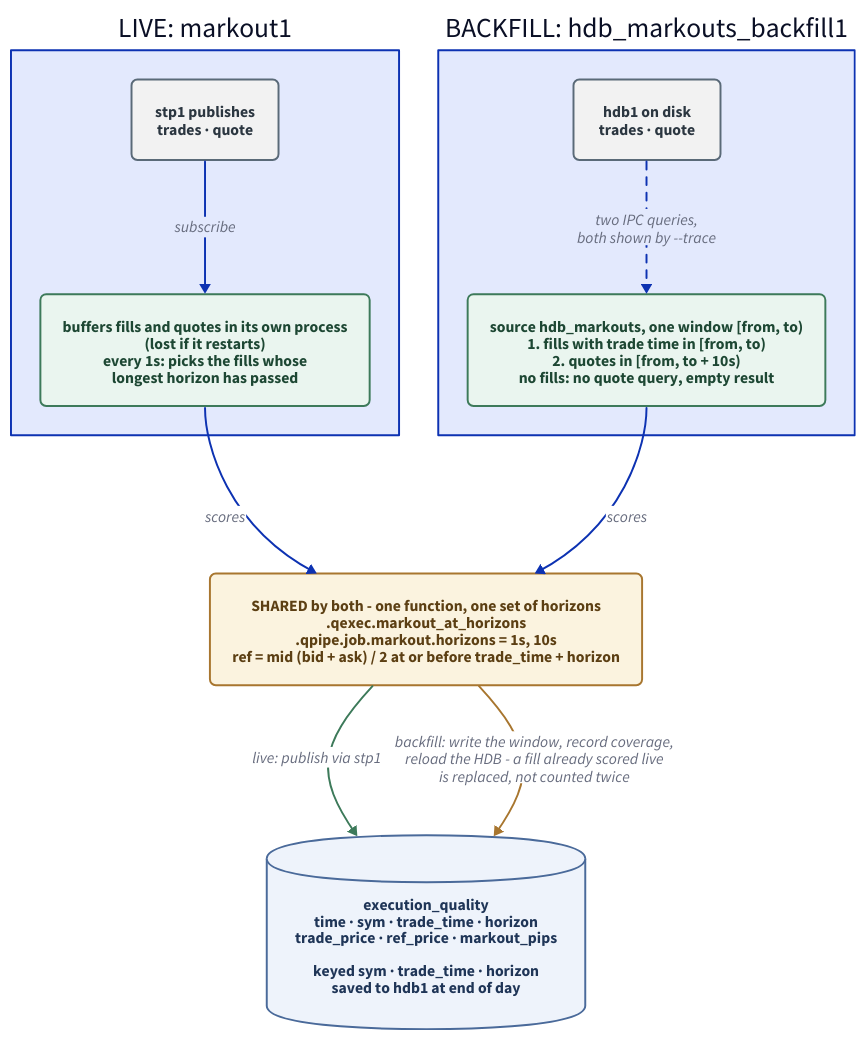
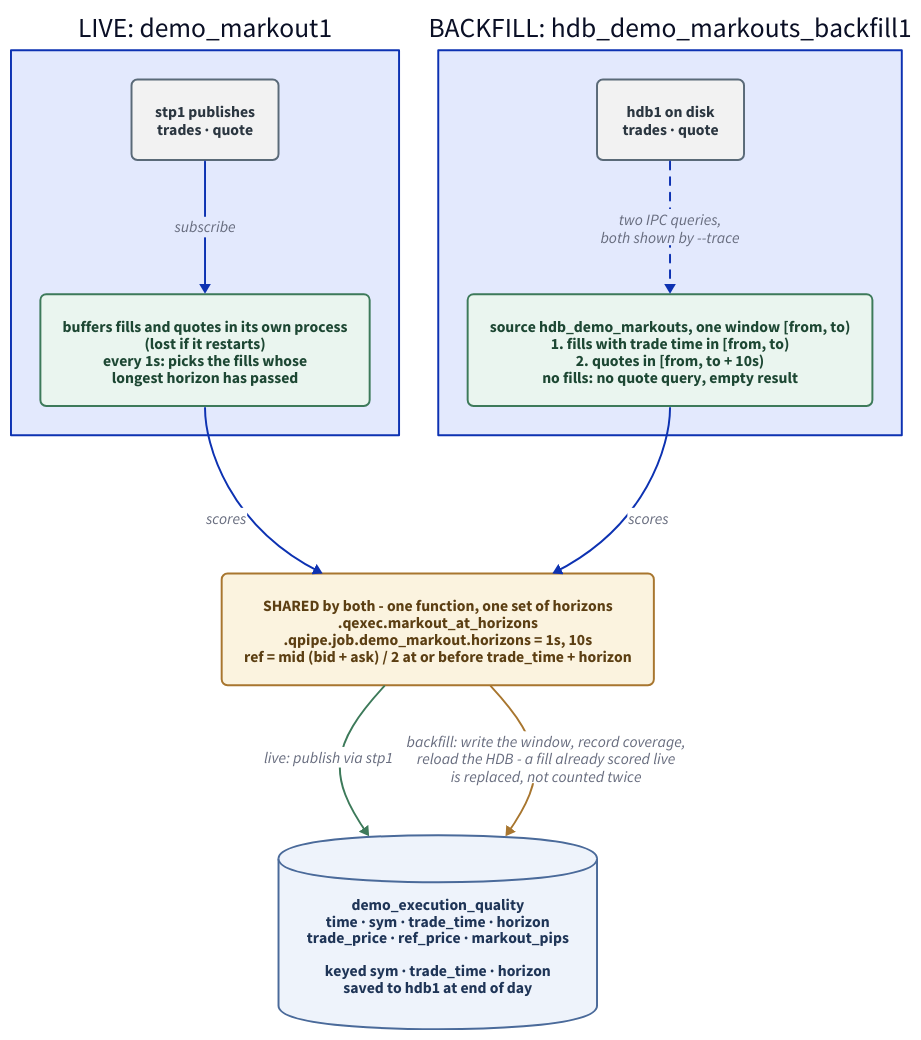
Before and after one commit to kwojdalski/uqf: the diagram in docs/diagrams/markouts.d2, drawn with D2. The commit also changed 68 other files, not shown here.

```diff
--- a/docs/diagrams/markouts.d2
+++ b/docs/diagrams/markouts.d2
@@ -1,81 +1,81 @@
 # markouts.d2 - how a fill gets marked out: live, or backfilled from the HDB.
 #
 # Rendered by scripts/generate/render_diagrams.py, which CI runs with
 # --check. Embedded from docs/services/markouts.md.
 #
-# WHAT THIS DIAGRAM IS FOR. Two jobs write execution_quality, and the thing
+# WHAT THIS DIAGRAM IS FOR. Two jobs write demo_execution_quality, and the thing
 # worth seeing is what they SHARE: one scoring function and one set of
 # horizons, drawn once in the middle with both paths running through it.
 # That is why a fill scored by both comes out identical, and why the table's
 # key (sym, trade_time, horizon) can replace one with the other instead of
 # counting the fill twice. The live path is on the left, as it happens; the
 # backfill on the right, as it reads what the live path left on disk.
 
 direction: down
 
 vars: {
   d2-config: {
     pad: 40
   }
 }
 
 classes: {
   job: {
     style: {
       fill: "#eaf5ef"
       stroke: "#3d7a5a"
       font-color: "#1d4733"
       border-radius: 6
     }
   }
   table: {
     shape: cylinder
     style: {
       fill: "#eef3fb"
       stroke: "#4a6a9a"
       font-color: "#1f3557"
     }
   }
   shared: {
     style: {
       fill: "#fbf3df"
       stroke: "#a8762f"
       font-color: "#5c3f13"
       border-radius: 6
       stroke-width: 2
     }
   }
   store: {
     style: {
       fill: "#f2f2f2"
       stroke: "#5a6a78"
       font-color: "#2b3640"
       border-radius: 6
     }
   }
 }
 
-live: "LIVE: markout1" {
+live: "LIVE: demo_markout1" {
   tp: "stp1 publishes\ntrades · quote" { class: store }
   buffer: "buffers fills and quotes in its own process\n(lost if it restarts)\nevery 1s: picks the fills whose\nlongest horizon has passed" { class: job }
   tp -> buffer: "subscribe"
 }
 
-backfill: "BACKFILL: hdb_markouts_backfill1" {
+backfill: "BACKFILL: hdb_demo_markouts_backfill1" {
   hdb: "hdb1 on disk\ntrades · quote" { class: store }
-  query: "source hdb_markouts, one window [from, to)\n1. fills with trade time in [from, to)\n2. quotes in [from, to + 10s)\nno fills: no quote query, empty result" { class: job }
+  query: "source hdb_demo_markouts, one window [from, to)\n1. fills with trade time in [from, to)\n2. quotes in [from, to + 10s)\nno fills: no quote query, empty result" { class: job }
   hdb -> query: "two IPC queries,\nboth shown by --trace" { style.stroke-dash: 4 }
 }
 
-scoring: "SHARED by both - one function, one set of horizons\n.qexec.markout_at_horizons\n.qpipe.job.markout.horizons = 1s, 10s\nref = mid (bid + ask) / 2 at or before trade_time + horizon" { class: shared }
+scoring: "SHARED by both - one function, one set of horizons\n.qexec.markout_at_horizons\n.qpipe.job.demo_markout.horizons = 1s, 10s\nref = mid (bid + ask) / 2 at or before trade_time + horizon" { class: shared }
 
-eq: "execution_quality\ntime · sym · trade_time · horizon\ntrade_price · ref_price · markout_pips\n\nkeyed sym · trade_time · horizon\nsaved to hdb1 at end of day" { class: table }
+eq: "demo_execution_quality\ntime · sym · trade_time · horizon\ntrade_price · ref_price · markout_pips\n\nkeyed sym · trade_time · horizon\nsaved to hdb1 at end of day" { class: table }
 
 live.buffer -> scoring: "scores"
 backfill.query -> scoring: "scores"
 scoring -> eq: "live: publish via stp1" {
   style.stroke: "#3d7a5a"
 }
 scoring -> eq: "backfill: write the window, record coverage,\nreload the HDB - a fill already scored live\nis replaced, not counted twice" {
   style.stroke: "#a8762f"
 }
```
